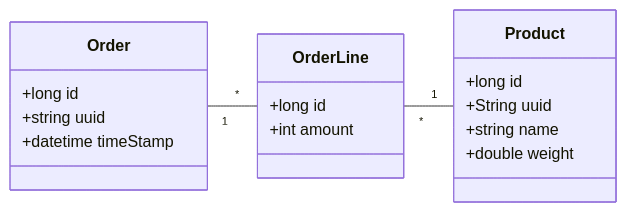
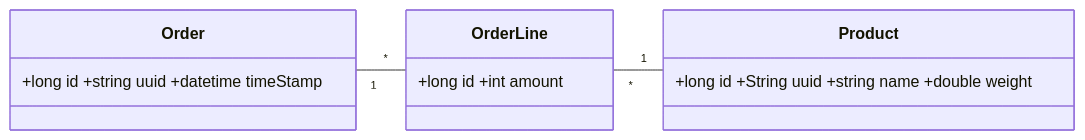
The first of 6 diagrams in modules/communication-sync/slides/1 - Communication styles.md (nbicocchi/learn-microservices), drawn with Mermaid before and after one commit. The commit also changed other lines of this file and 4 other files, not shown here.

````diff
--- a/modules/communication-sync/slides/1 - Communication styles.md
+++ b/modules/communication-sync/slides/1 - Communication styles.md
@@ -9,22 +11,10 @@
 ```mermaid
 classDiagram
 direction LR
-    class Order {
-	    +long id
-	    +string uuid
-	    +datetime timeStamp
-    }
-    class OrderLine {
-	    +long id
-	    +int amount
-    }
-    class Product {
-	    +long id
-        +String uuid
-	    +string name
-	    +double weight
-    }
+    class Order {+long id +string uuid +datetime timeStamp}
+    class OrderLine {+long id +int amount}
+    class Product {+long id +String uuid +string name +double weight}
 
     Order "1" -- "*" OrderLine
     OrderLine "*" -- "1" Product
 ```
````
